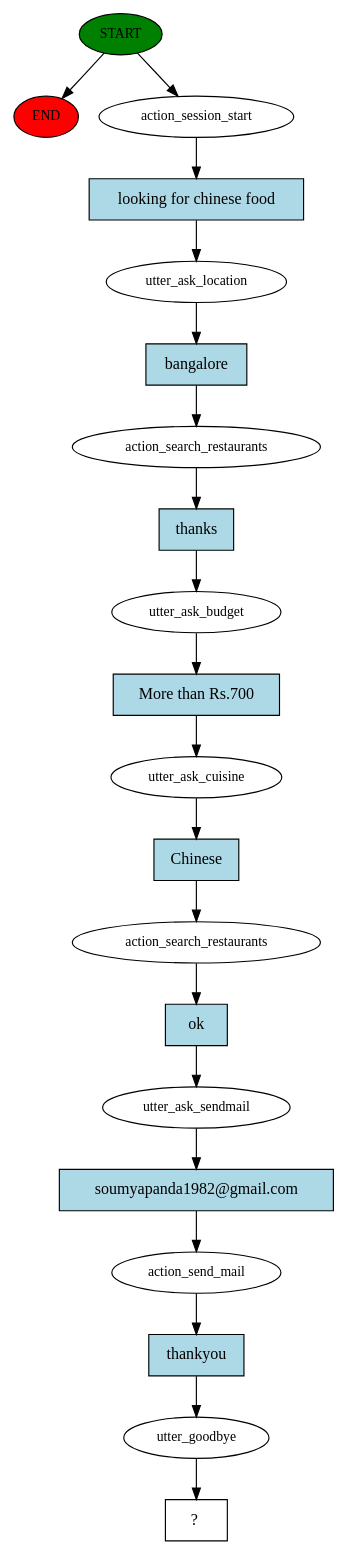
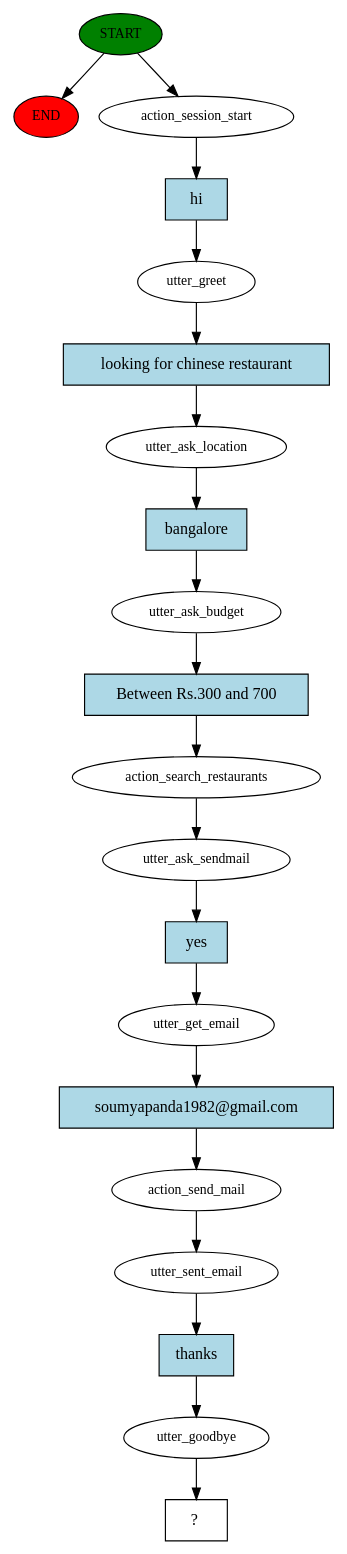
The diagram in story_graph.dot (CalmIdiot1982/IIIT-AIML-ChatBot), drawn with Graphviz before and after one commit. The commit also changed 5 other files, not shown here.

```diff
--- a/story_graph.dot
+++ b/story_graph.dot
@@ -1,41 +1,41 @@
 digraph  {
 0 [class="start active", fillcolor=green, fontsize=12, label=START, style=filled];
 "-1" [class=end, fillcolor=red, fontsize=12, label=END, style=filled];
 1 [class=active, fontsize=12, label=action_session_start];
-2 [class=active, fontsize=12, label=utter_ask_location];
-3 [class=active, fontsize=12, label=action_search_restaurants];
+2 [class=active, fontsize=12, label=utter_greet];
+3 [class=active, fontsize=12, label=utter_ask_location];
 4 [class=active, fontsize=12, label=utter_ask_budget];
-5 [class=active, fontsize=12, label=utter_ask_cuisine];
-6 [class=active, fontsize=12, label=action_search_restaurants];
-7 [class=active, fontsize=12, label=utter_ask_sendmail];
+5 [class=active, fontsize=12, label=action_search_restaurants];
+6 [class=active, fontsize=12, label=utter_ask_sendmail];
+7 [class=active, fontsize=12, label=utter_get_email];
 8 [class=active, fontsize=12, label=action_send_mail];
-9 [class=active, fontsize=12, label=utter_goodbye];
-10 [class="intent dashed active", label="  ?  ", shape=rect];
-11 [class="intent active", fillcolor=lightblue, label="looking for chinese food", shape=rect, style=filled];
-12 [class="intent active", fillcolor=lightblue, label=bangalore, shape=rect, style=filled];
-13 [class="intent active", fillcolor=lightblue, label=thanks, shape=rect, style=filled];
-14 [class="intent active", fillcolor=lightblue, label="More than Rs.700", shape=rect, style=filled];
-15 [class="intent active", fillcolor=lightblue, label=Chinese, shape=rect, style=filled];
-16 [class="intent active", fillcolor=lightblue, label=ok, shape=rect, style=filled];
+9 [class=active, fontsize=12, label=utter_sent_email];
+10 [class=active, fontsize=12, label=utter_goodbye];
+11 [class="intent dashed active", label="  ?  ", shape=rect];
+12 [class="intent active", fillcolor=lightblue, label=hi, shape=rect, style=filled];
+13 [class="intent active", fillcolor=lightblue, label="looking for chinese restaurant", shape=rect, style=filled];
+14 [class="intent active", fillcolor=lightblue, label=bangalore, shape=rect, style=filled];
+15 [class="intent active", fillcolor=lightblue, label="Between Rs.300 and 700", shape=rect, style=filled];
+16 [class="intent active", fillcolor=lightblue, label=yes, shape=rect, style=filled];
 17 [class="intent active", fillcolor=lightblue, label="soumyapanda1982@gmail.com", shape=rect, style=filled];
-18 [class="intent active", fillcolor=lightblue, label=thankyou, shape=rect, style=filled];
+18 [class="intent active", fillcolor=lightblue, label=thanks, shape=rect, style=filled];
 0 -> "-1"  [class="", key=NONE, label=""];
 0 -> 1  [class=active, key=NONE, label=""];
-1 -> 11  [class=active, key=0];
-2 -> 12  [class=active, key=0];
-3 -> 13  [class=active, key=0];
-4 -> 14  [class=active, key=0];
-5 -> 15  [class=active, key=0];
+1 -> 12  [class=active, key=0];
+2 -> 13  [class=active, key=0];
+3 -> 14  [class=active, key=0];
+4 -> 15  [class=active, key=0];
+5 -> 6  [class=active, key=NONE, label=""];
 6 -> 16  [class=active, key=0];
 7 -> 17  [class=active, key=0];
-8 -> 18  [class=active, key=0];
-9 -> 10  [class=active, key=NONE, label=""];
-11 -> 2  [class=active, key=0];
-12 -> 3  [class=active, key=0];
-13 -> 4  [class=active, key=0];
-14 -> 5  [class=active, key=0];
-15 -> 6  [class=active, key=0];
+8 -> 9  [class=active, key=NONE, label=""];
+9 -> 18  [class=active, key=0];
+10 -> 11  [class=active, key=NONE, label=""];
+12 -> 2  [class=active, key=0];
+13 -> 3  [class=active, key=0];
+14 -> 4  [class=active, key=0];
+15 -> 5  [class=active, key=0];
 16 -> 7  [class=active, key=0];
 17 -> 8  [class=active, key=0];
-18 -> 9  [class=active, key=0];
+18 -> 10  [class=active, key=0];
 }
```
